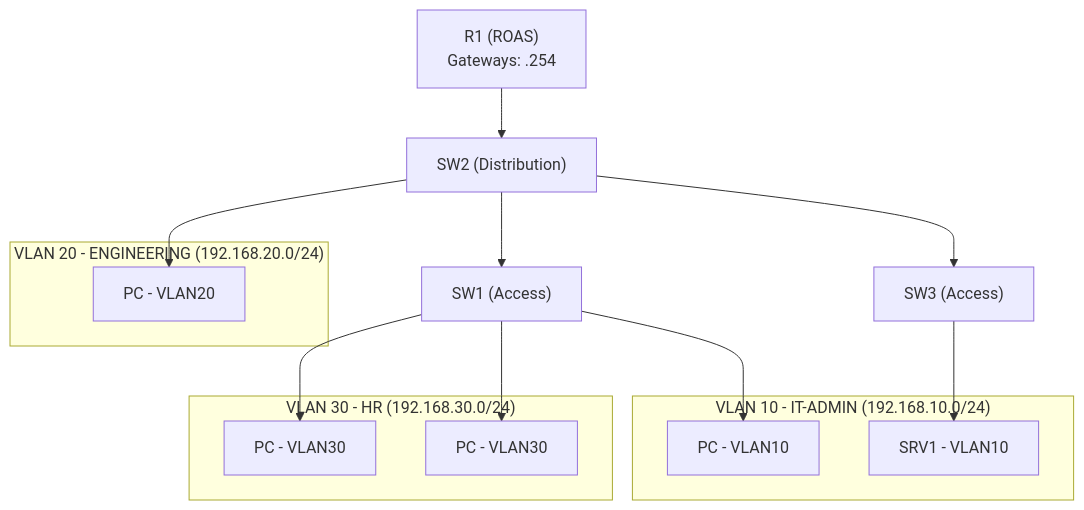
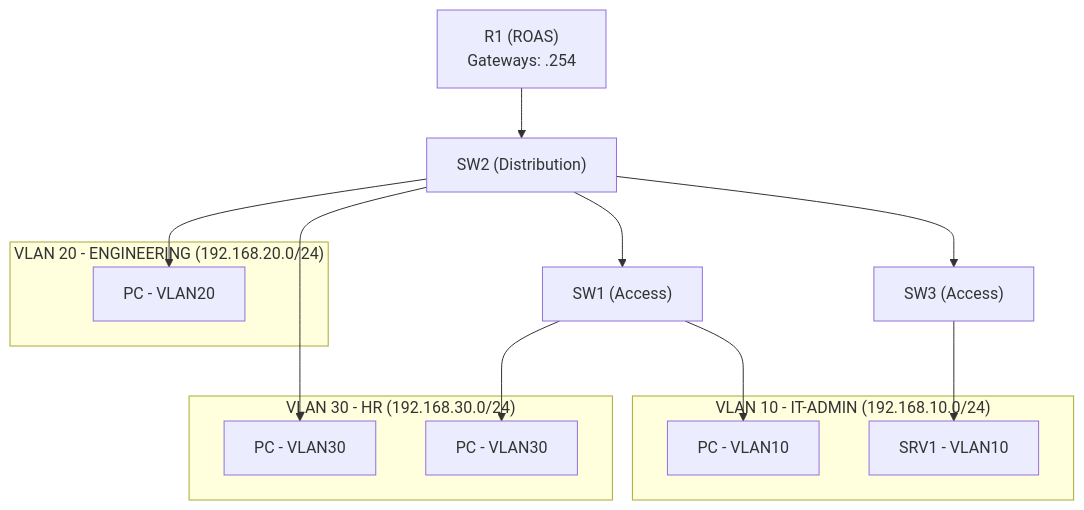
One commit to japalbornoz/VLAN-Segmentation-Hardened-Foundation- changed the diagram in README.md. Above: the diagram before and after it, drawn with Mermaid.

````diff
--- a/README.md
+++ b/README.md
@@ -25,31 +25,31 @@
 ```mermaid
 flowchart TD
   R1["R1 (ROAS)\nGateways: .254"]
   SW2["SW2 (Distribution)"]
   SW1["SW1 (Access)"]
   SW3["SW3 (Access)"]
 
   subgraph V10["VLAN 10 - IT-ADMIN (192.168.10.0/24)"]
     PC10["PC - VLAN10"]
     SRV1["SRV1 - VLAN10"]
   end
 
   subgraph V20["VLAN 20 - ENGINEERING (192.168.20.0/24)"]
     PC20["PC - VLAN20"]
   end
 
   subgraph V30["VLAN 30 - HR (192.168.30.0/24)"]
     PC30A["PC - VLAN30"]
     PC30B["PC - VLAN30"]
   end
 
   R1 --> SW2
   SW2 --> SW1
   SW2 --> SW3
+  SW2 --> PC30A
 
   SW1 --> PC10
   SW2 --> PC20
-  SW1 --> PC30A
   SW1 --> PC30B
   SW3 --> SRV1
 ```
````
